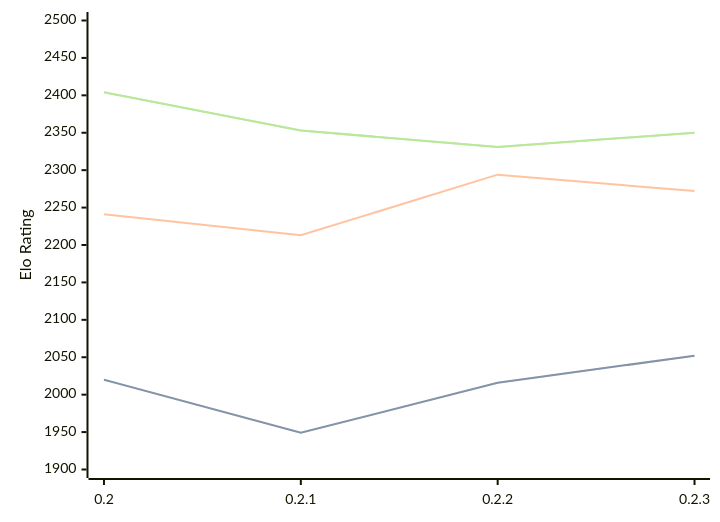
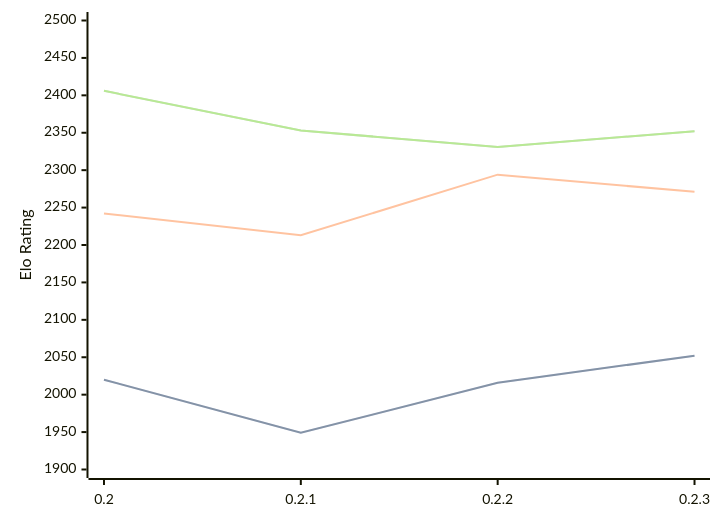
The diagram in engines/Lolbot.md (computer-chess-index/cci), drawn with Mermaid before and after one commit. The commit also changed other lines of this file, not shown here.

Commit message:
Update CCI Ratings (ELO VLTC) - 2026-04-12

````diff
--- a/engines/Lolbot.md
+++ b/engines/Lolbot.md
@@ -35,11 +35,11 @@
 ```mermaid
 %%{init: {"theme":"base","themeVariables":{"seriesColors:['#a3a3a3','#222221','#faa371']}}}%%
 xychart-beta
   x-axis ["0.2", "0.2.1", "0.2.2", "0.2.3"]
   y-axis "Elo Rating" 1900 --> 2500
   line "STC (8.0+0.08s)" [2020, 1949, 2016, 2052]
   line "STC (8.0+0.08s)" [2020, 1949, 2016, 2052]
-  line "LTC (60.0+0.60s)" [2241, 2213, 2294, 2272]
-  line "VLTC (2m24s+1.12s)" [2404, 2353, 2331, 2350]
-  line "VLTC (2m24s+1.12s)" [2404, 2353, 2331, 2350]
+  line "LTC (60.0+0.60s)" [2242, 2213, 2294, 2271]
+  line "VLTC (2m24s+1.12s)" [2406, 2353, 2331, 2352]
+  line "VLTC (2m24s+1.12s)" [2406, 2353, 2331, 2352]
 ```
````
